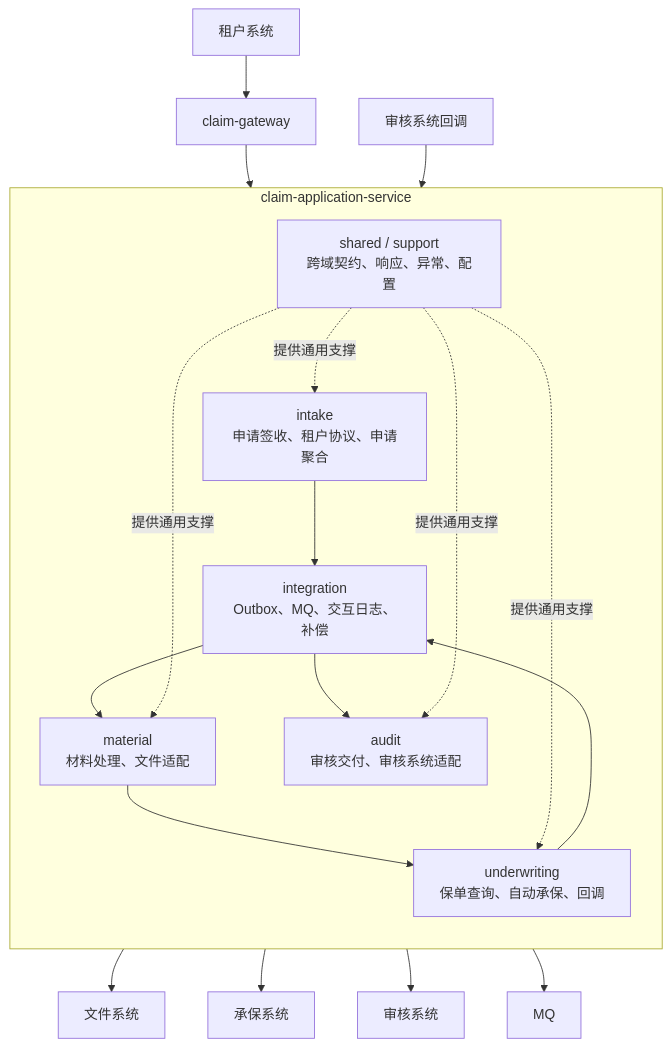
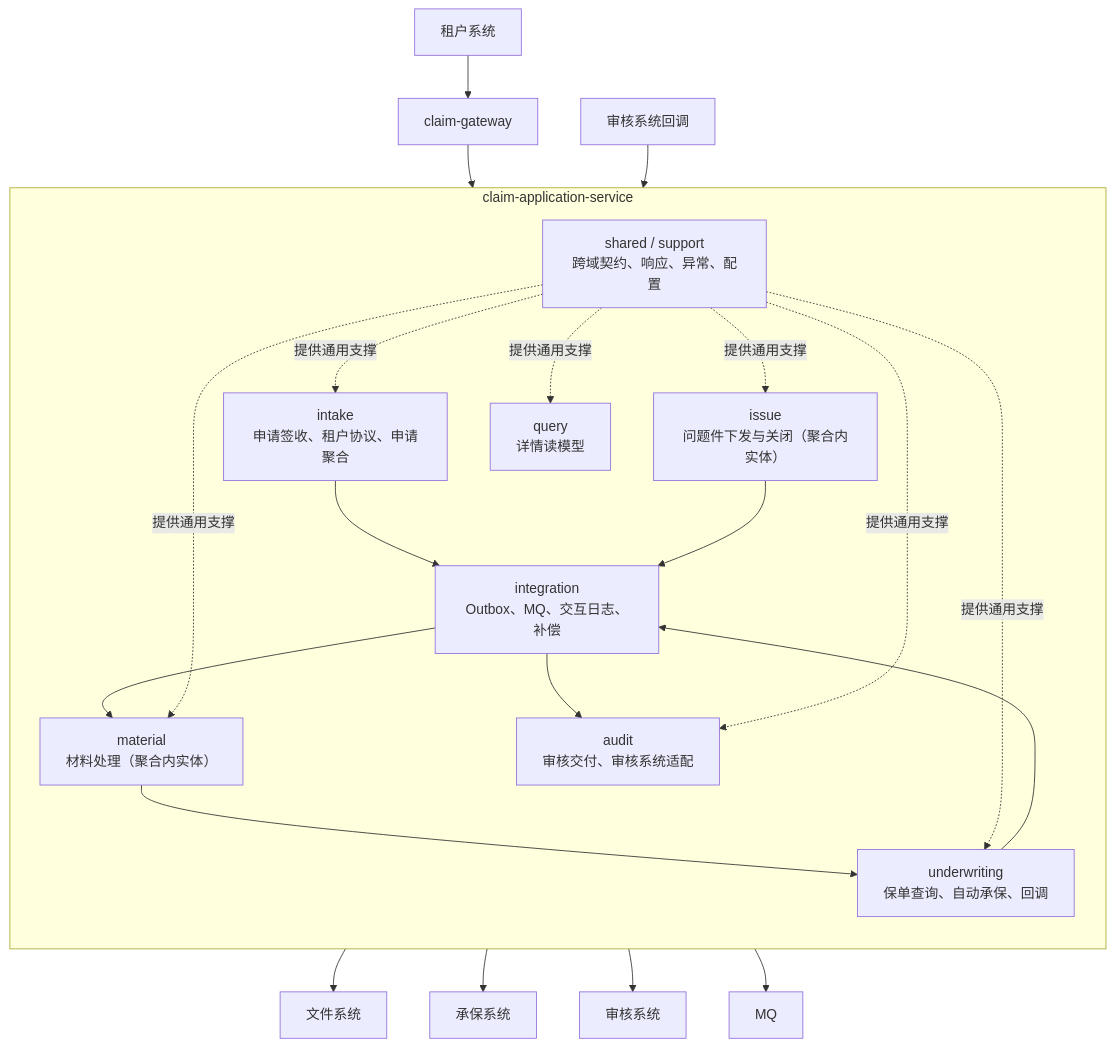
The second of 11 diagrams in docs/architecture/claim-application-architecture.md (wangguangwu/claim-integration-platform), drawn with Mermaid before and after one commit. The commit also changed other lines of this file and 118 other files, not shown here.

````diff
--- a/docs/architecture/claim-application-architecture.md
+++ b/docs/architecture/claim-application-architecture.md
@@ -82,31 +84,36 @@
 ```mermaid
 flowchart TB
     TENANT["租户系统"] --> GATEWAY["claim-gateway"]
     GATEWAY --> INTAKE
     AUDIT_CALLBACK["审核系统回调"] --> UNDERWRITING
 
     subgraph APPLICATION["claim-application-service"]
         direction TB
         INTAKE["intake<br/>申请签收、租户协议、申请聚合"]
-        MATERIAL["material<br/>材料处理、文件适配"]
+        MATERIAL["material<br/>材料处理（聚合内实体）"]
         UNDERWRITING["underwriting<br/>保单查询、自动承保、回调"]
+        ISSUE["issue<br/>问题件下发与关闭（聚合内实体）"]
+        QUERY["query<br/>详情读模型"]
         INTEGRATION["integration<br/>Outbox、MQ、交互日志、补偿"]
         AUDIT_DELIVERY["audit<br/>审核交付、审核系统适配"]
         SHARED["shared / support<br/>跨域契约、响应、异常、配置"]
 
         INTAKE --> INTEGRATION
         INTEGRATION --> MATERIAL
         MATERIAL --> UNDERWRITING
         UNDERWRITING --> INTEGRATION
         INTEGRATION --> AUDIT_DELIVERY
+        ISSUE --> INTEGRATION
         SHARED -. "提供通用支撑" .-> INTAKE
         SHARED -. "提供通用支撑" .-> MATERIAL
         SHARED -. "提供通用支撑" .-> UNDERWRITING
+        SHARED -. "提供通用支撑" .-> ISSUE
         SHARED -. "提供通用支撑" .-> AUDIT_DELIVERY
+        SHARED -. "提供通用支撑" .-> QUERY
     end
 
     MATERIAL --> FILE["文件系统"]
     UNDERWRITING --> INSURED["承保系统"]
     AUDIT_DELIVERY --> AUDIT["审核系统"]
     INTEGRATION --> MQ["MQ"]
 ```
````
